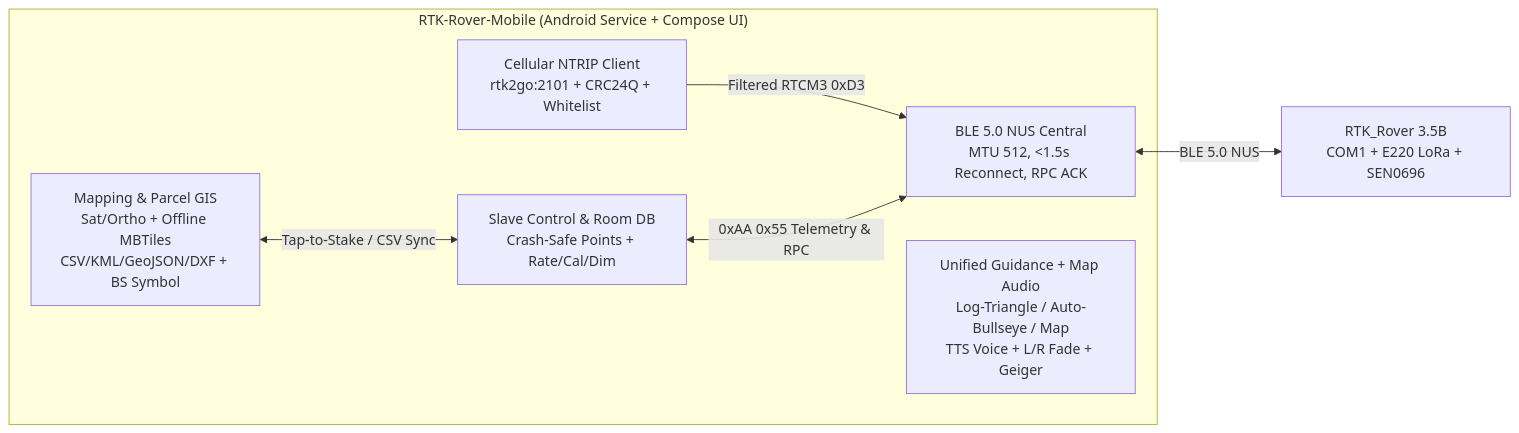
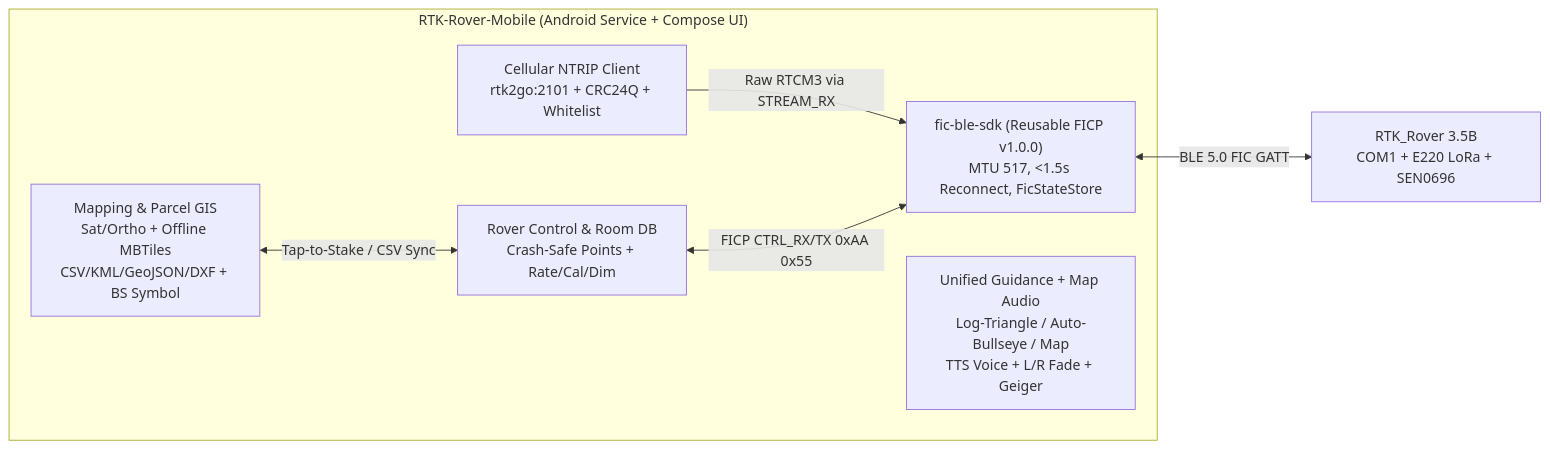
One commit to rguilmet/RTK-Rover changed the diagram in docs/plans/plan_2_rover_enhancements_and_android_companion.md. Above: the diagram before and after it, drawn with Mermaid. The commit also changed other lines of this file, not shown here.

Commit message:
docs: Align Plan 2 (v1.4.0) with Field_Instrument_Core FICP v1.0.0

````diff
--- a/docs/plans/plan_2_rover_enhancements_and_android_companion.md
+++ b/docs/plans/plan_2_rover_enhancements_and_android_companion.md
@@ -111,14 +123,14 @@
 ```mermaid
 flowchart LR
     subgraph Android["RTK-Rover-Mobile (Android Service + Compose UI)"]
         NTRIP["Cellular NTRIP Client\nrtk2go:2101 + CRC24Q + Whitelist"]
-        BLE["BLE 5.0 NUS Central\nMTU 512, <1.5s Reconnect, RPC ACK"]
+        SDK["fic-ble-sdk (Reusable FICP v1.0.0)\nMTU 517, <1.5s Reconnect, FicStateStore"]
         MAP["Mapping & Parcel GIS\nSat/Ortho + Offline MBTiles\nCSV/KML/GeoJSON/DXF + BS Symbol"]
         STAKE["Unified Guidance + Map Audio\nLog-Triangle / Auto-Bullseye / Map\nTTS Voice + L/R Fade + Geiger"]
-        CTRL["Slave Control & Room DB\nCrash-Safe Points + Rate/Cal/Dim"]
+        CTRL["Rover Control & Room DB\nCrash-Safe Points + Rate/Cal/Dim"]
     end
-    NTRIP -->|Filtered RTCM3 0xD3| BLE
+    NTRIP -->|Raw RTCM3 via STREAM_RX| SDK
     MAP <-->|Tap-to-Stake / CSV Sync| CTRL
-    CTRL <-->|0xAA 0x55 Telemetry & RPC| BLE
-    BLE <-->|BLE 5.0 NUS| ROVER["RTK_Rover 3.5B\nCOM1 + E220 LoRa + SEN0696"]
+    CTRL <-->|FICP CTRL_RX/TX 0xAA 0x55| SDK
+    SDK <-->|BLE 5.0 FIC GATT| ROVER["RTK_Rover 3.5B\nCOM1 + E220 LoRa + SEN0696"]
 ```
````
